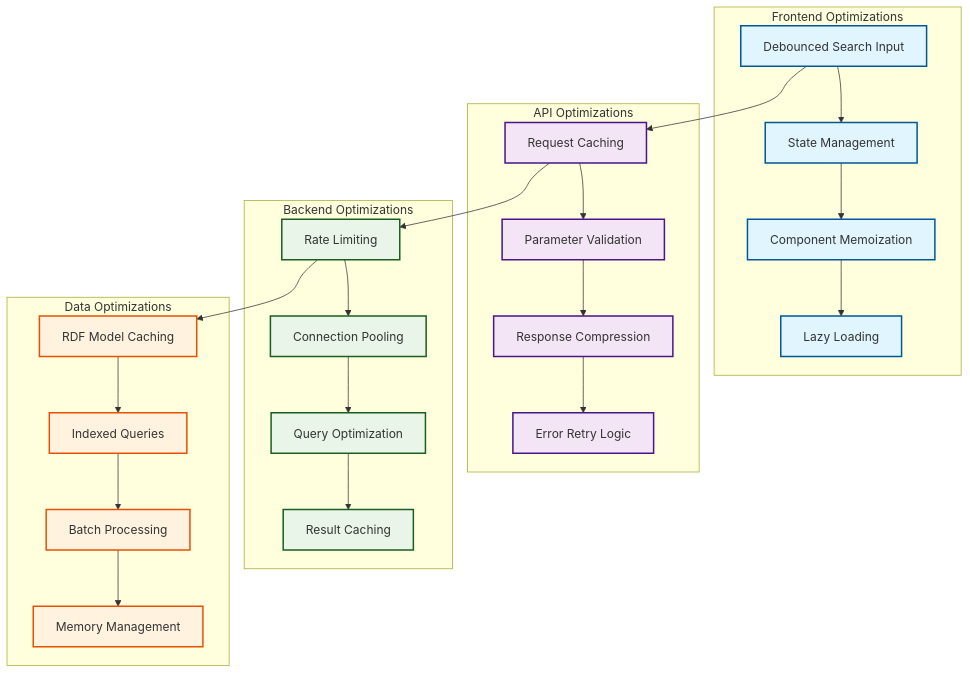
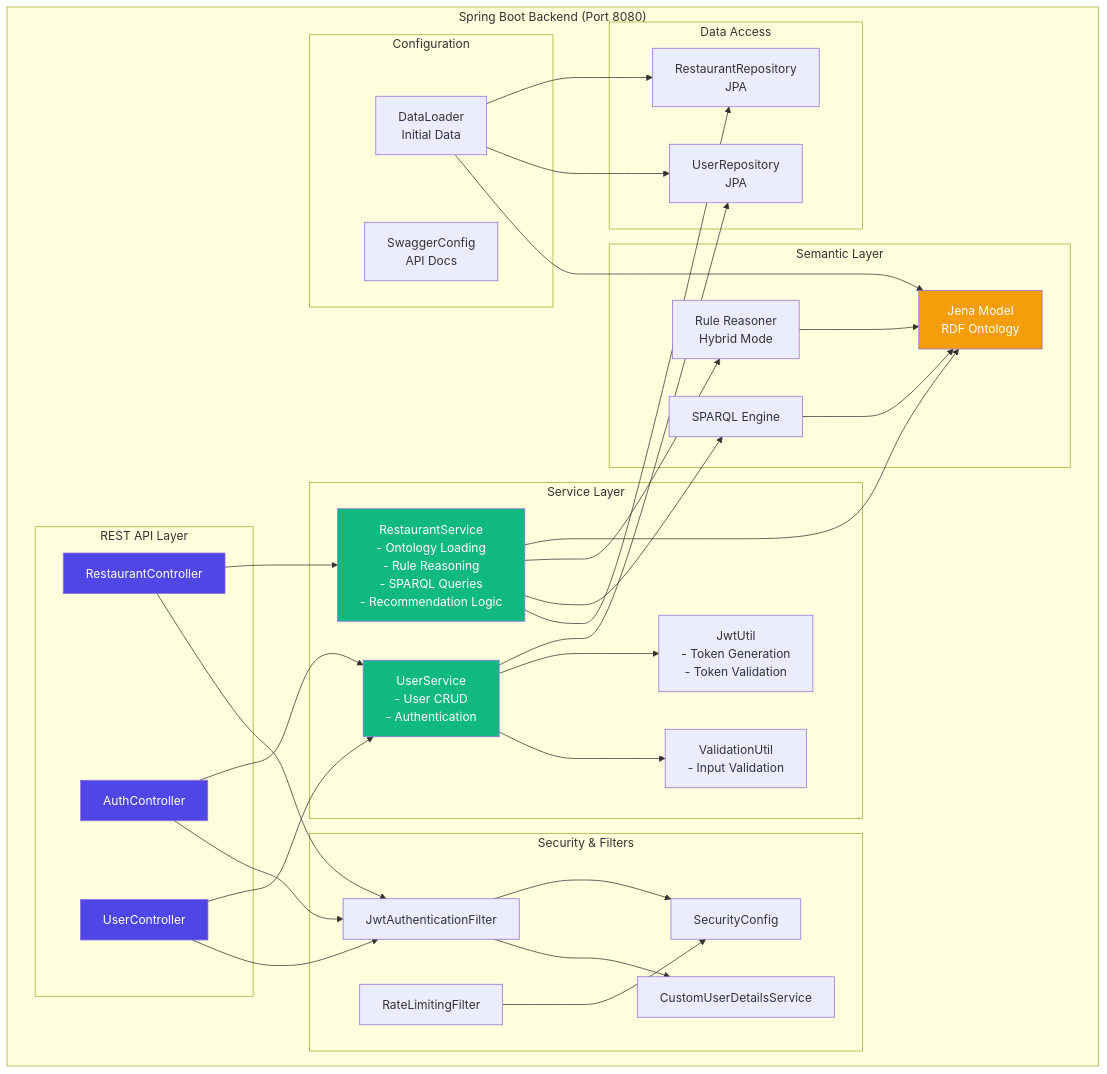
Before and after one commit to AtsajanAJ/TestProject1: the third of 10 diagrams in README.md, drawn with Mermaid. The commit also changed other lines of this file, not shown here.

Commit message:
architect

````diff
--- a/README.md
+++ b/README.md
@@ -386,41 +203,75 @@
 ```mermaid
 graph TB
-    subgraph "Frontend Optimizations"
-        A[Debounced Search Input] --> B[State Management]
-        B --> C[Component Memoization]
-        C --> D[Lazy Loading]
+    subgraph "Spring Boot Backend (Port 8080)"
+        subgraph "REST API Layer"
+            RC[RestaurantController]
+            AC[AuthController]
+            UC[UserController]
+        end
+        
+        subgraph "Security & Filters"
+            SC[SecurityConfig]
+            JF[JwtAuthenticationFilter]
+            RLF[RateLimitingFilter]
+            CUDS[CustomUserDetailsService]
+        end
+        
+        subgraph "Service Layer"
+            RS[RestaurantService<br/>- Ontology Loading<br/>- Rule Reasoning<br/>- SPARQL Queries<br/>- Recommendation Logic]
+            US[UserService<br/>- User CRUD<br/>- Authentication]
+            JU[JwtUtil<br/>- Token Generation<br/>- Token Validation]
+            VU[ValidationUtil<br/>- Input Validation]
+        end
+        
+        subgraph "Data Access"
+            RR[RestaurantRepository<br/>JPA]
+            UR[UserRepository<br/>JPA]
+        end
+        
+        subgraph "Semantic Layer"
+            JM[Jena Model<br/>RDF Ontology]
+            RE[Rule Reasoner<br/>Hybrid Mode]
+            SQ[SPARQL Engine]
+        end
+        
+        subgraph "Configuration"
+            DL[DataLoader<br/>Initial Data]
+            SW[SwaggerConfig<br/>API Docs]
+        end
+        
+        RC --> RS
+        AC --> US
+        UC --> US
+        
+        RC --> JF
+        AC --> JF
+        UC --> JF
+        
+        JF --> SC
+        RLF --> SC
+        JF --> CUDS
+        
+        RS --> JM
+        RS --> RE
+        RS --> SQ
+        RS --> RR
+        
+        US --> UR
+        US --> JU
+        US --> VU
+        
+        RE --> JM
+        SQ --> JM
+        
+        DL --> RR
+        DL --> UR
+        DL --> JM
     end
-
-    subgraph "API Optimizations"
-        E[Request Caching] --> F[Parameter Validation]
-        F --> G[Response Compression]
-        G --> H[Error Retry Logic]
-    end
-
-    subgraph "Backend Optimizations"
-        I[Rate Limiting] --> J[Connection Pooling]
-        J --> K[Query Optimization]
-        K --> L[Result Caching]
-    end
-
-    subgraph "Data Optimizations"
-        M[RDF Model Caching] --> N[Indexed Queries]
-        N --> O[Batch Processing]
-        O --> P[Memory Management]
-    end
-
-    A --> E
-    E --> I
-    I --> M
-
-    %% Styling
-    classDef frontend fill:#e1f5fe,stroke:#01579b,stroke-width:2px
-    classDef api fill:#f3e5f5,stroke:#4a148c,stroke-width:2px
-    classDef backend fill:#e8f5e8,stroke:#1b5e20,stroke-width:2px
-    classDef data fill:#fff3e0,stroke:#e65100,stroke-width:2px
-
-    class A,B,C,D frontend
-    class E,F,G,H api
-    class I,J,K,L backend
-    class M,N,O,P data
+    
+    style RC fill:#4f46e5,color:#fff
+    style AC fill:#4f46e5,color:#fff
+    style UC fill:#4f46e5,color:#fff
+    style RS fill:#10b981,color:#fff
+    style US fill:#10b981,color:#fff
+    style JM fill:#f59e0b,color:#fff
 ```
````
